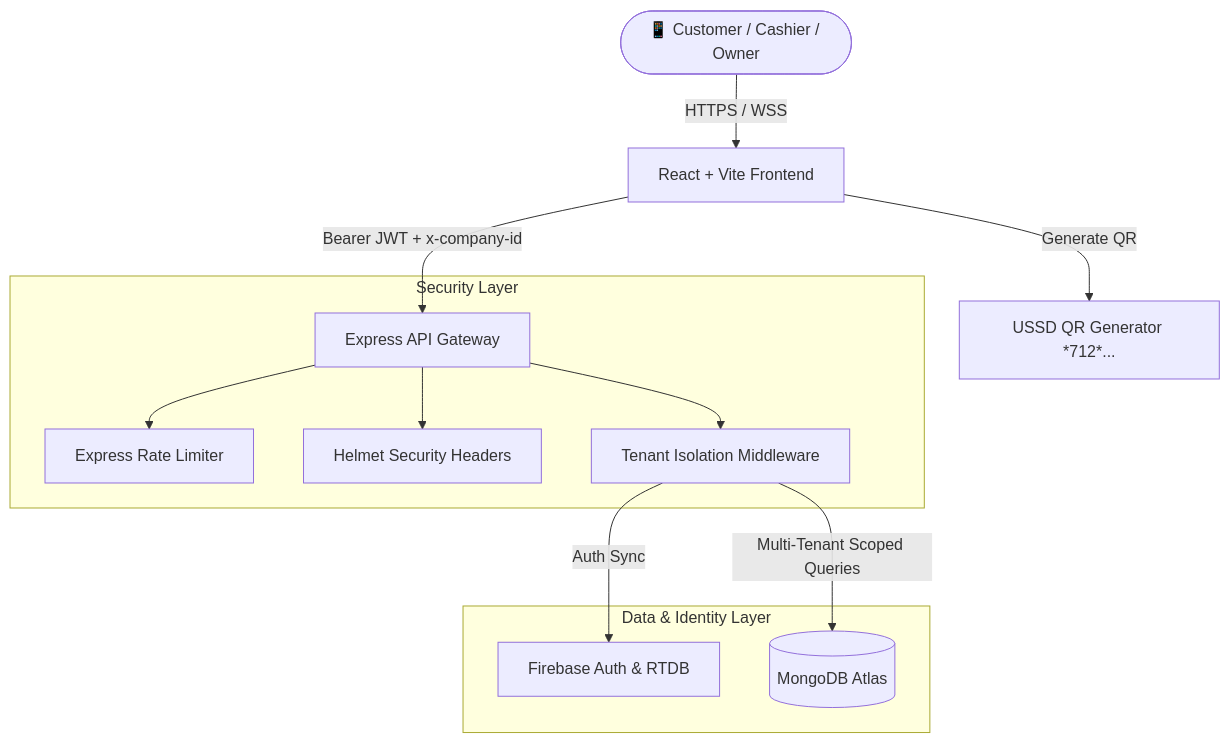
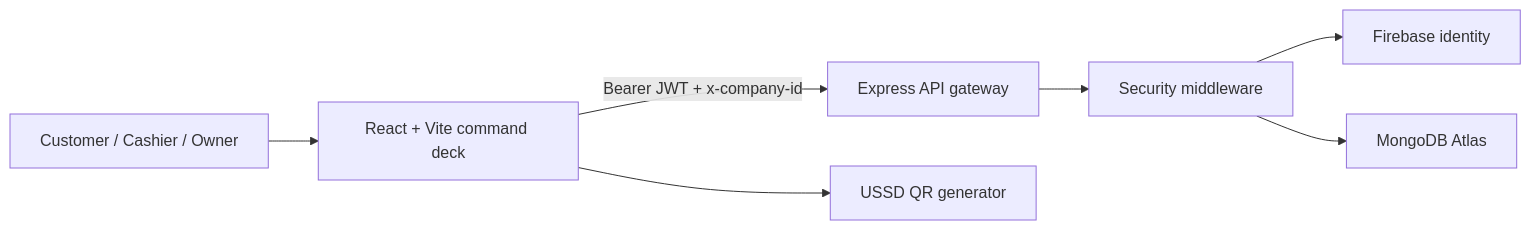
Before and after one commit to uncannystranger/gureygroup: the diagram in README.md, drawn with Mermaid. The commit also changed other lines of this file, not shown here.

````diff
--- a/README.md
+++ b/README.md
@@ -101,18 +73,9 @@
 ```mermaid
-graph TD
-    User([📱 Customer / Cashier / Owner]) -->|HTTPS / WSS| FE[React + Vite Frontend]
-    FE -->|Bearer JWT + x-company-id| API[Express API Gateway]
-    
-    subgraph Security Layer
-        API --> RateLimit[Express Rate Limiter]
-        API --> Helmet[Helmet Security Headers]
-        API --> TenantIsolation[Tenant Isolation Middleware]
-    end
-
-    subgraph Data & Identity Layer
-        TenantIsolation -->|Auth Sync| Firebase[Firebase Auth & RTDB]
-        TenantIsolation -->|Multi-Tenant Scoped Queries| Mongo[(MongoDB Atlas)]
-    end
-
-    FE -->|Generate QR| USSD[USSD QR Generator *712*...]
+flowchart LR
+    U["Customer / Cashier / Owner"] --> F["React + Vite command deck"]
+    F -->|Bearer JWT + x-company-id| A["Express API gateway"]
+    A --> S["Security middleware"]
+    S --> I["Firebase identity"]
+    S --> D["MongoDB Atlas"]
+    F --> Q["USSD QR generator"]
 ```
````
